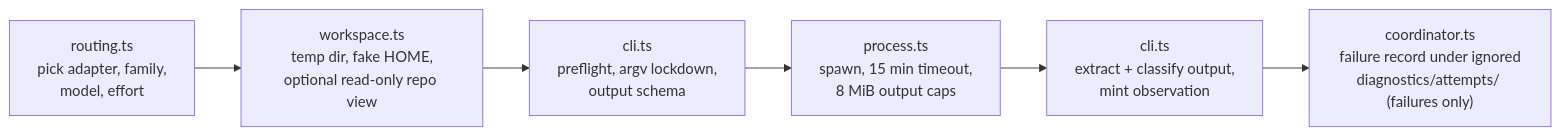
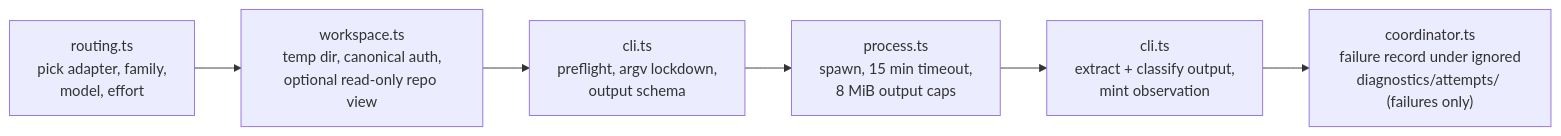
One commit to Aroton/ArchflowV2 changed the diagram in docs/mcp/DISPATCH.md. Above: the diagram before and after it, drawn with Mermaid. The commit also changed other lines of this file and 18 other files, not shown here.

````diff
--- a/docs/mcp/DISPATCH.md
+++ b/docs/mcp/DISPATCH.md
@@ -9,8 +9,8 @@
 ```mermaid
 flowchart LR
-    R["routing.ts<br/>pick adapter, family,<br/>model, effort"] --> W["workspace.ts<br/>temp dir, fake HOME,<br/>optional read-only repo view"]
+    R["routing.ts<br/>pick adapter, family,<br/>model, effort"] --> W["workspace.ts<br/>temp dir, canonical auth,<br/>optional read-only repo view"]
     W --> C["cli.ts<br/>preflight, argv lockdown,<br/>output schema"]
     C --> P["process.ts<br/>spawn, 15 min timeout,<br/>8 MiB output caps"]
     P --> O["cli.ts<br/>extract + classify output,<br/>mint observation"]
     O --> T["coordinator.ts<br/>failure record under ignored<br/>diagnostics/attempts/ (failures only)"]
 ```
````
